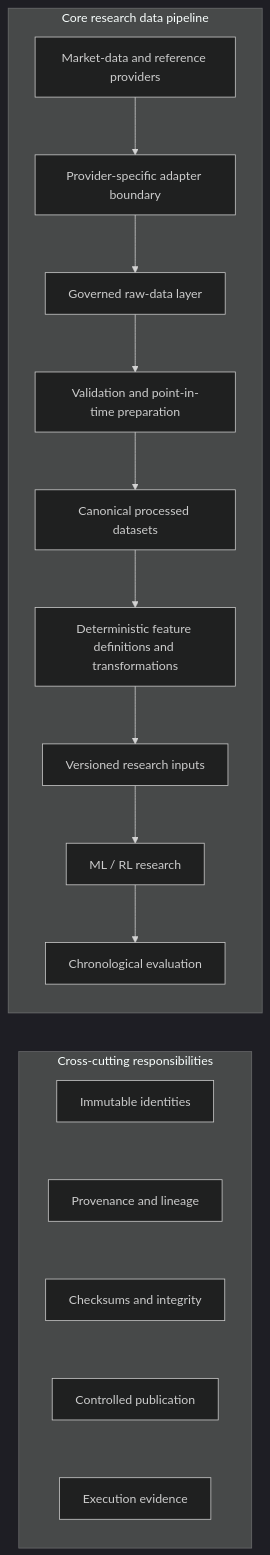
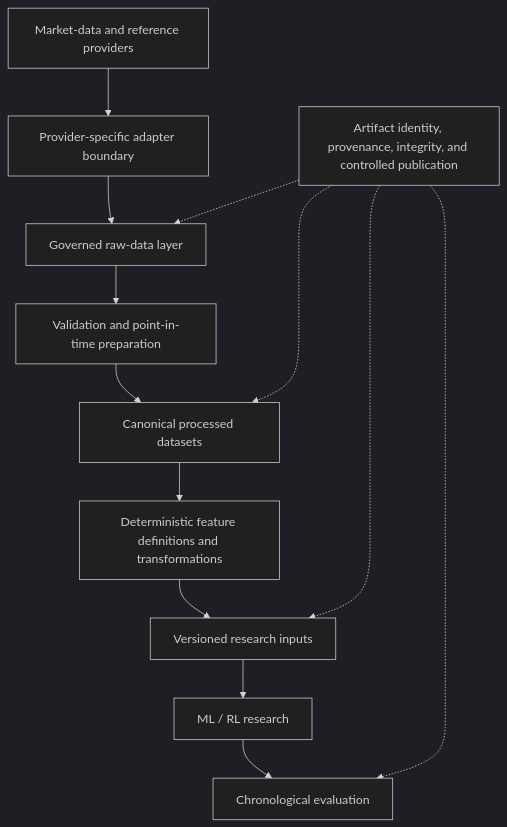
The diagram in docs/architecture/data_architecture_overview.md (racoope70/quantitative-trading-research-platform), drawn with Mermaid (dark theme) before and after one commit.

Commit message:
docs: restore original architecture diagram (#85)

````diff
--- a/docs/architecture/data_architecture_overview.md
+++ b/docs/architecture/data_architecture_overview.md
@@ -7,25 +7,15 @@
 ```mermaid
-flowchart TB
-    subgraph PIPE["Core research data pipeline"]
-        direction TB
-        A[Market-data and reference providers] --> B[Provider-specific adapter boundary]
-        B --> C[Governed raw-data layer]
-        C --> D[Validation and point-in-time preparation]
-        D --> E[Canonical processed datasets]
-        E --> F[Deterministic feature definitions and transformations]
-        F --> G[Versioned research inputs]
-        G --> H[ML / RL research]
-        H --> I[Chronological evaluation]
-    end
-
-    subgraph CONTROLS["Cross-cutting responsibilities"]
-        direction TB
-        X1["Immutable identities"] ~~~ X2["Provenance and lineage"]
-        X2 ~~~ X3["Checksums and integrity"]
-        X3 ~~~ X4["Controlled publication"]
-        X4 ~~~ X5["Execution evidence"]
-    end
-
-    %% Invisible layout connector; no data-flow relationship is implied.
-    PIPE ~~~ CONTROLS
+flowchart TD
+    A[Market-data and reference providers] --> B[Provider-specific adapter boundary]
+    B --> C[Governed raw-data layer]
+    C --> D[Validation and point-in-time preparation]
+    D --> E[Canonical processed datasets]
+    E --> F[Deterministic feature definitions and transformations]
+    F --> G[Versioned research inputs]
+    G --> H[ML / RL research]
+    H --> I[Chronological evaluation]
+    X[Artifact identity, provenance, integrity, and controlled publication] -.-> C
+    X -.-> E
+    X -.-> G
+    X -.-> I
 ```
````
